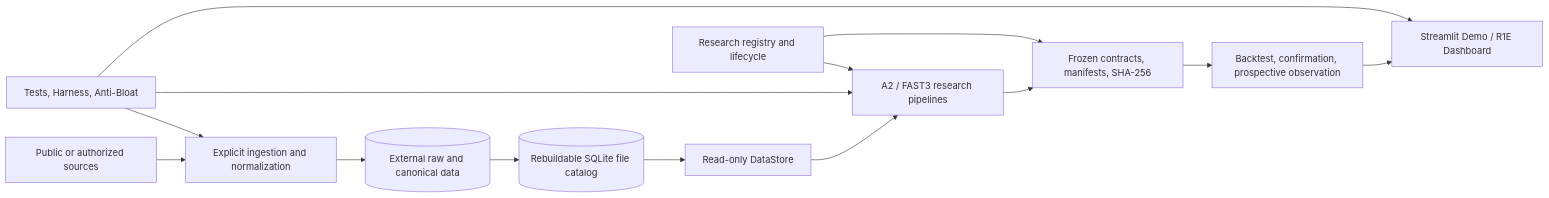
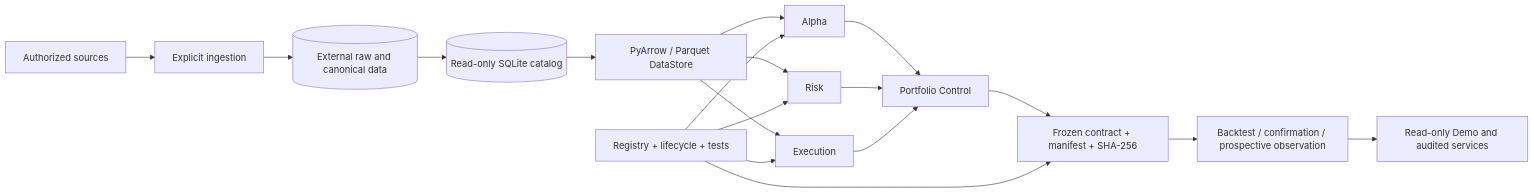
Before and after one commit to kinryukii/us-tech-quant-v21: the diagram in README.md, drawn with Mermaid. The commit also changed other lines of this file, not shown here.

````diff
--- a/README.md
+++ b/README.md
@@ -255,16 +29,20 @@
 ```mermaid
 flowchart LR
-    S[Public or authorized sources] --> I[Explicit ingestion and normalization]
-    I --> R[(External raw and canonical data)]
-    R --> C[(Rebuildable SQLite file catalog)]
-    C --> D[Read-only DataStore]
-    D --> P[A2 / FAST3 research pipelines]
-    P --> F[Frozen contracts, manifests, SHA-256]
-    F --> E[Backtest, confirmation, prospective observation]
-    E --> U[Streamlit Demo / R1E Dashboard]
-    G[Research registry and lifecycle] --> P
-    G --> F
-    H[Tests, Harness, Anti-Bloat] --> I
-    H --> P
-    H --> U
+    A[Authorized sources] --> B[Explicit ingestion]
+    B --> C[(External raw and canonical data)]
+    C --> D[(Read-only SQLite catalog)]
+    D --> E[PyArrow / Parquet DataStore]
+    E --> F[Alpha]
+    E --> G[Risk]
+    E --> H[Execution]
+    F --> I[Portfolio Control]
+    G --> I
+    H --> I
+    I --> J[Frozen contract + manifest + SHA-256]
+    J --> K[Backtest / confirmation / prospective observation]
+    K --> L[Read-only Demo and audited services]
+    M[Registry + lifecycle + tests] --> F
+    M --> G
+    M --> H
+    M --> J
 ```
````
